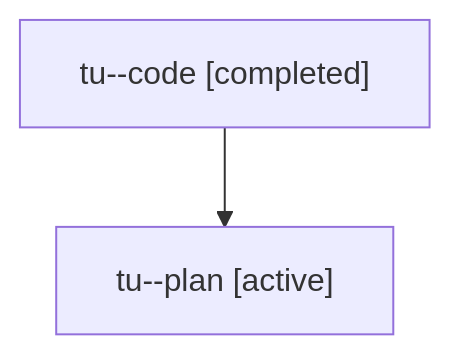
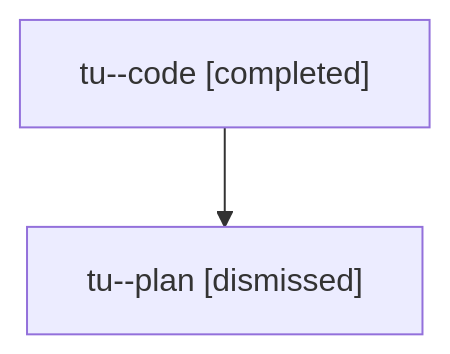
The diagram in sessions/bbugyi200.athena.tu.md (bobs-org/bob-cli--agents), drawn with Mermaid before and after one commit. The commit also changed other lines of this file and 40 other files, not shown here.

````diff
--- a/sessions/bbugyi200.athena.tu.md
+++ b/sessions/bbugyi200.athena.tu.md
@@ -9,6 +9,6 @@
 ```mermaid
 flowchart TD
   n0["tu--code [completed]"]
-  n1["tu--plan [active]"]
+  n1["tu--plan [dismissed]"]
   n0 --> n1
 ```
````
